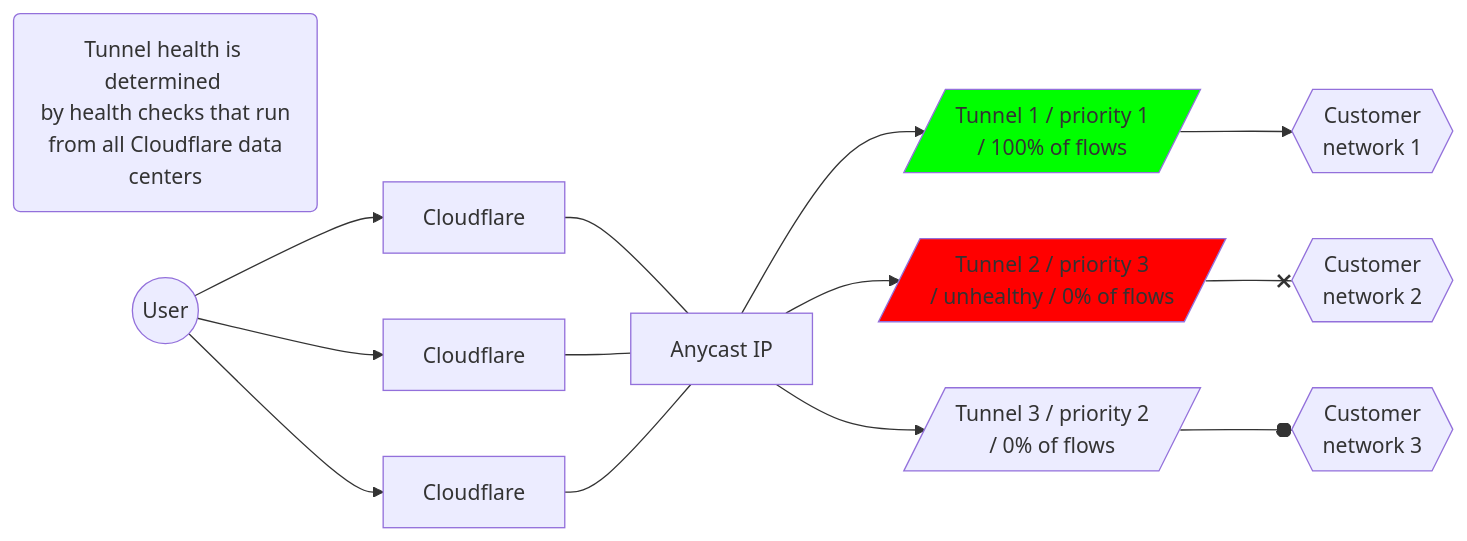
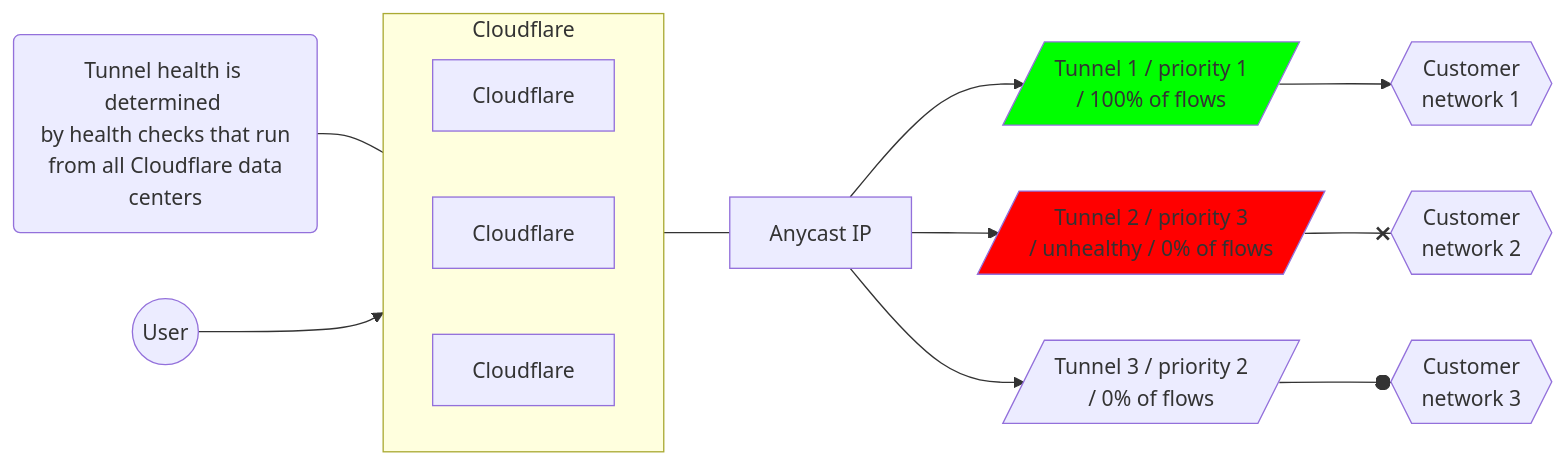
One commit to cloudflare/cloudflare-docs changed the third of 4 diagrams in content/magic-wan/reference/traffic-steering.md. Above: the diagram before and after it, drawn with Mermaid. The commit also changed other lines of this file, not shown here.

Commit message:
corrected charts

````diff
--- a/content/magic-wan/reference/traffic-steering.md
+++ b/content/magic-wan/reference/traffic-steering.md
@@ -74,12 +92,20 @@
 ```mermaid
 flowchart LR
 accTitle: Tunnels diagram
 accDescr: This example has Tunnel 2 unhealthy, and all traffic prioritized to Tunnel 1.
+
+subgraph Cloudflare
+direction LR
+B[Cloudflare]
+C[Cloudflare]
+D[Cloudflare]
+end
+
+Z(Tunnel health is determined <br> by health checks that run <br> from all Cloudflare data centers) --- Cloudflare
+A((User)) --> Cloudflare --- E[Anycast IP]
+E[Anycast IP] --> F[/Tunnel 1 / priority 1 <br> / 100% of flows/]:::green --> I{{Customer <br> network 1}}
+E[Anycast IP] --> G[/Tunnel 2 / priority 3 <br> / unhealthy / 0% of flows/]:::red --x J{{Customer <br> network 2}}
+E[Anycast IP] --> H[/Tunnel 3 / priority 2 <br> / 0% of flows/] --o K{{Customer <br> network 3}}
 classDef red fill:#FF0000
 classDef green fill:#00FF00
-D(Tunnel health is determined <br> by health checks that run <br> from all Cloudflare data centers)
-A((User)) --> B[Cloudflare] & x[Cloudflare] & z[Cloudflare] --- C[Anycast IP]
-C[Anycast IP] --> E[/Tunnel 1 / priority 1 <br> / 100% of flows/]:::green --> H{{Customer <br> network 1}}
-C[Anycast IP] --> F[/Tunnel 2 / priority 3 <br> / unhealthy / 0% of flows/]:::red --x I{{Customer <br> network 2}}
-C[Anycast IP] --> G[/Tunnel 3 / priority 2 <br> / 0% of flows/] --o J{{Customer <br> network 3}}
 ```
````
